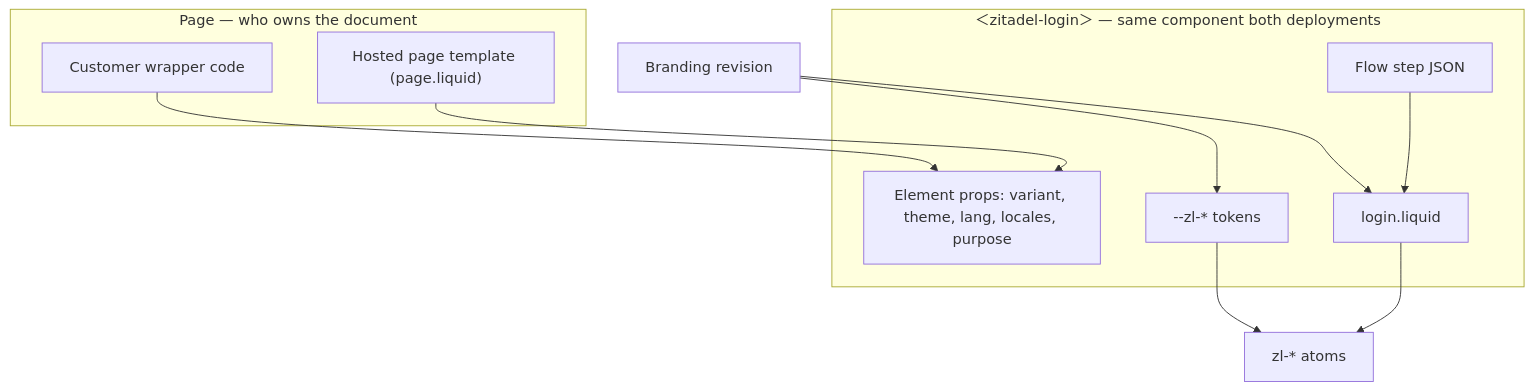
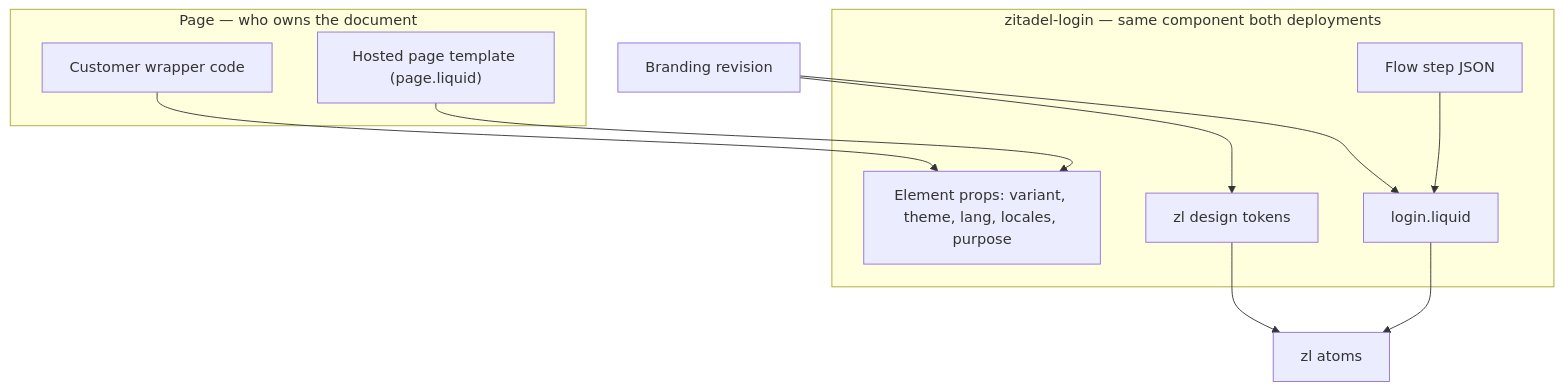
The fourth of 5 diagrams in docs/design/branding/customization-strategy.md (zitadel/nextgen), drawn with Mermaid before and after one commit. The commit also changed other lines of this file, not shown here.

First line of the commit message:
docs: use ASCII-only mermaid labels in customization graphs

````diff
--- a/docs/design/branding/customization-strategy.md
+++ b/docs/design/branding/customization-strategy.md
@@ -394,21 +394,21 @@
 ```mermaid
 flowchart TB
   subgraph page [Page — who owns the document]
     EmbWrap[Customer wrapper code]
     HostWrap["Hosted page template (page.liquid)"]
   end
-  subgraph widget ["＜zitadel-login＞ — same component both deployments"]
-    Props["Element props: variant, theme, lang, locales, purpose"]
-    Tokens["--zl-* tokens"]
+  subgraph widget [zitadel-login — same component both deployments]
+    Props[Element props: variant, theme, lang, locales, purpose]
+    Tokens[zl design tokens]
     Liquid[login.liquid]
     Flow[Flow step JSON]
   end
   EmbWrap --> Props
   HostWrap --> Props
   Branding[Branding revision]
   Branding --> Tokens
   Branding --> Liquid
   Flow --> Liquid
-  Liquid --> Atoms["zl-* atoms"]
+  Liquid --> Atoms[zl atoms]
   Tokens --> Atoms
 ```
````
